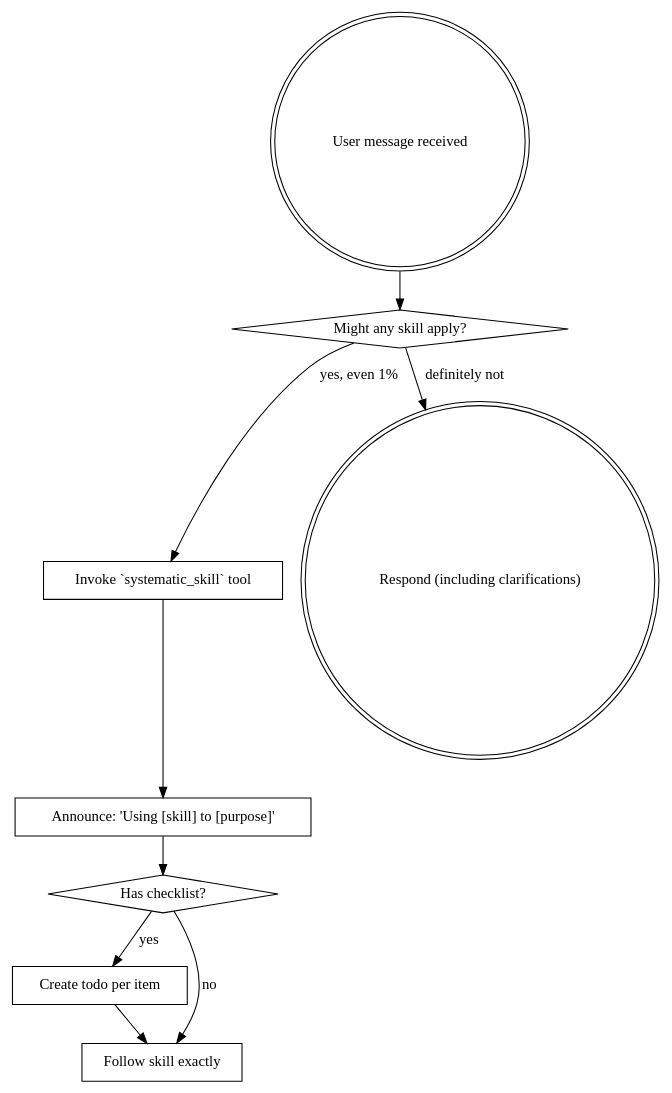
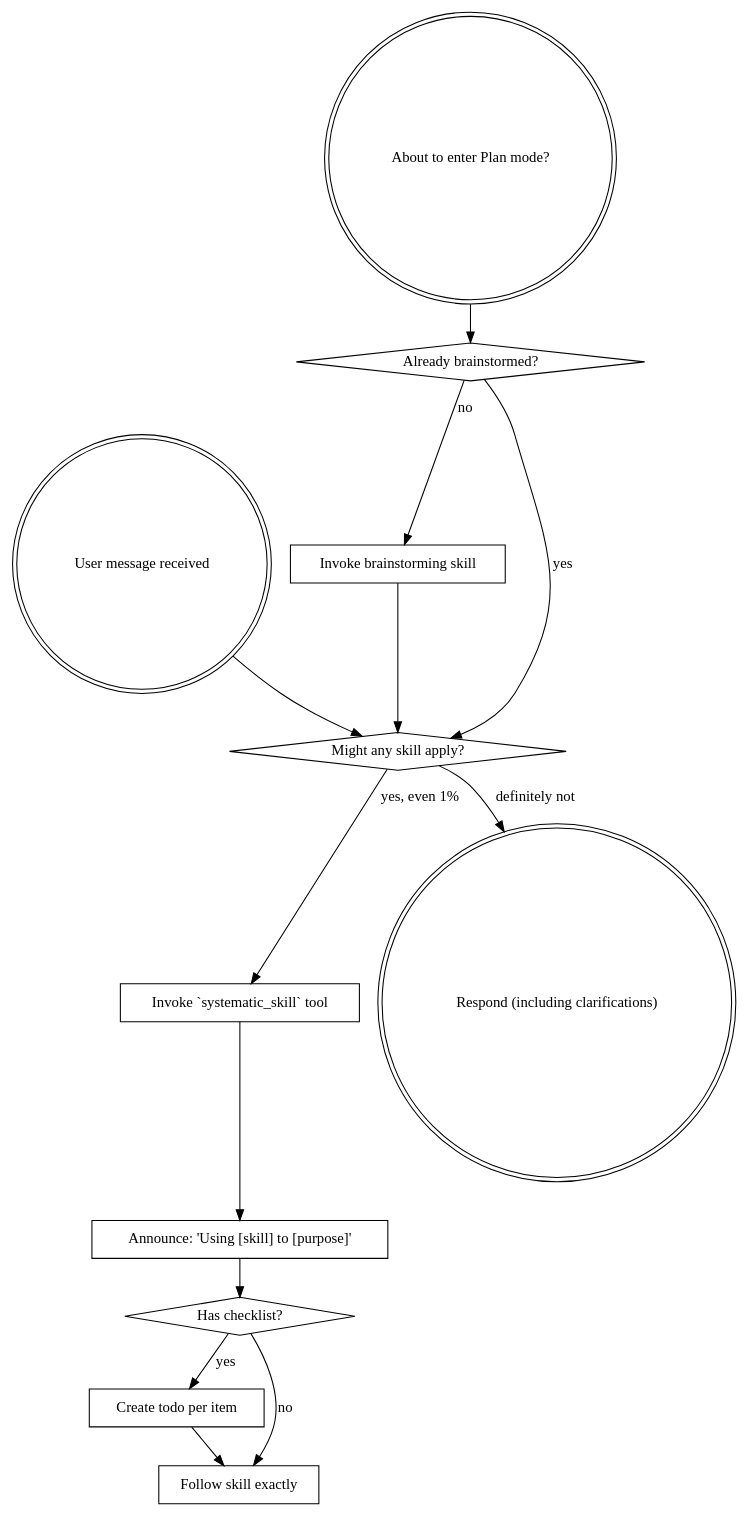
The diagram in skills/using-systematic/SKILL.md (marcusrbrown/systematic), drawn with Graphviz before and after one commit. The commit also changed other lines of this file, not shown here.

Commit message:
docs(skill): improve using-systematic skill flow diagram (#81)
- Add planning mode decision point to skill flow diagram
- Include brainstorming prerequisite before skill application check
- Remove outdated skill resolution hierarchy (project, user, bundled)
- Clarify that bundled skills are accessed via systematic_skill tool

````diff
--- a/skills/using-systematic/SKILL.md
+++ b/skills/using-systematic/SKILL.md
@@ -24,21 +24,29 @@
 ```dot
 digraph skill_flow {
     "User message received" [shape=doublecircle];
+    "About to enter Plan mode?" [shape=doublecircle];
+    "Already brainstormed?" [shape=diamond];
+    "Invoke brainstorming skill" [shape=box];
     "Might any skill apply?" [shape=diamond];
     "Invoke `systematic_skill` tool" [shape=box];
     "Announce: 'Using [skill] to [purpose]'" [shape=box];
     "Has checklist?" [shape=diamond];
     "Create todo per item" [shape=box];
     "Follow skill exactly" [shape=box];
     "Respond (including clarifications)" [shape=doublecircle];
+
+    "About to enter Plan mode?" -> "Already brainstormed?";
+    "Already brainstormed?" -> "Invoke brainstorming skill" [label="no"];
+    "Already brainstormed?" -> "Might any skill apply?" [label="yes"];
+    "Invoke brainstorming skill" -> "Might any skill apply?";
 
     "User message received" -> "Might any skill apply?";
     "Might any skill apply?" -> "Invoke `systematic_skill` tool" [label="yes, even 1%"];
     "Might any skill apply?" -> "Respond (including clarifications)" [label="definitely not"];
     "Invoke `systematic_skill` tool" -> "Announce: 'Using [skill] to [purpose]'";
     "Announce: 'Using [skill] to [purpose]'" -> "Has checklist?";
     "Has checklist?" -> "Create todo per item" [label="yes"];
     "Has checklist?" -> "Follow skill exactly" [label="no"];
     "Create todo per item" -> "Follow skill exactly";
 }
 ```
````
